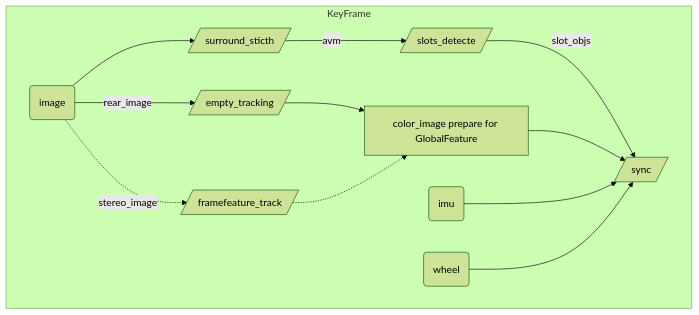
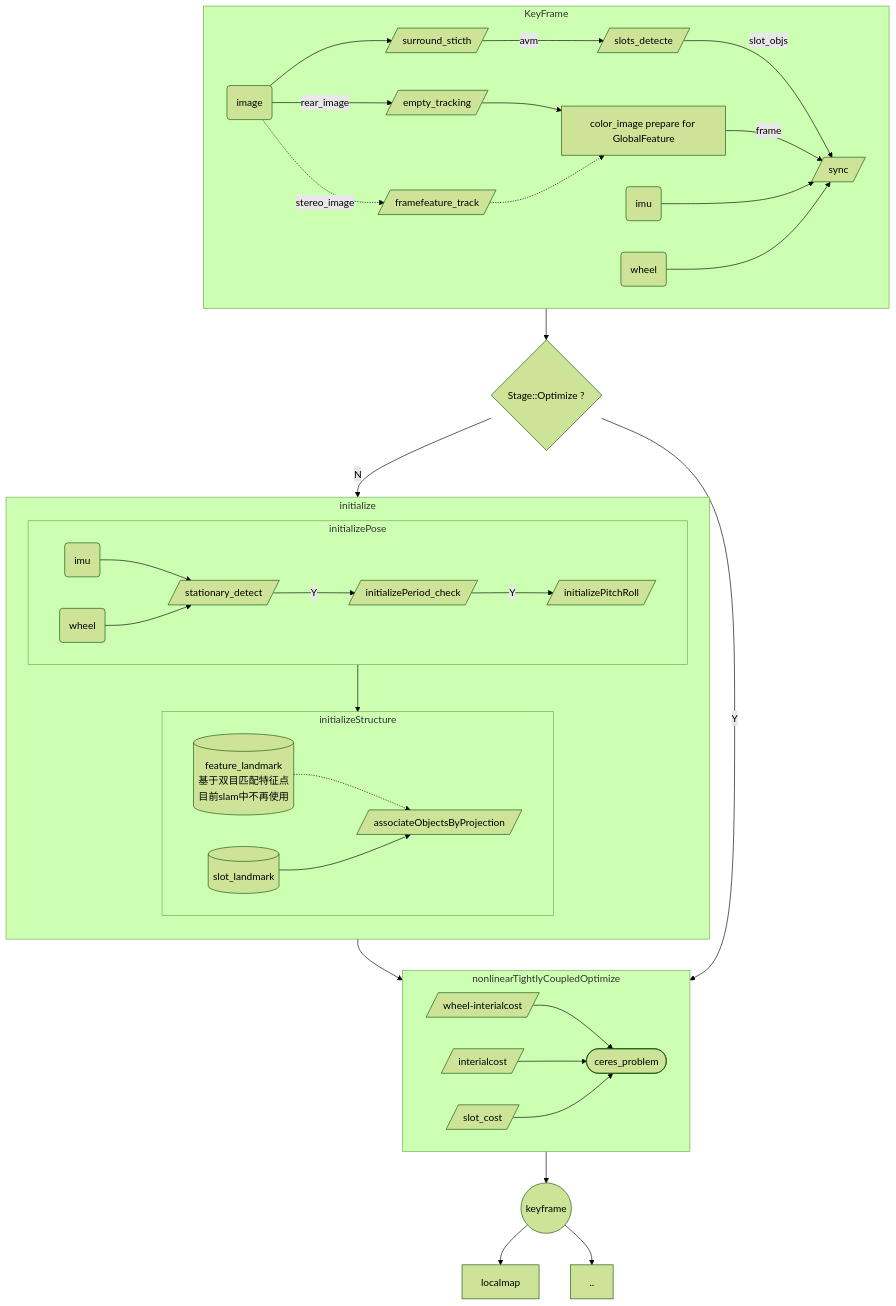
The sixth of 6 diagrams in topicjsslam/jsslam_readme.md (Taberwu/learn), drawn with Mermaid (forest theme) before and after one commit. The commit also changed other lines of this file, not shown here.

````diff
--- a/topicjsslam/jsslam_readme.md
+++ b/topicjsslam/jsslam_readme.md
@@ -537,20 +576,62 @@
 ```mermaid
-flowchart LR
+flowchart TB
     subgraph KeyFrame
      direction LR
      datasource1(image)
      datasource2(imu)
      datasource3(wheel)
      proc1[/empty_tracking/]
      proc2[/surround_sticth/]
      proc3[/slots_detecte/]
      proc4[/sync/]
      proc5[/framefeature_track/]
      value1[color_image prepare for GlobalFeature ]
      datasource1 --> proc2 -- avm --> proc3 -- slot_objs --> proc4
-     datasource1 -- rear_image --> proc1 --> value1 --> proc4
+     datasource1 -- rear_image --> proc1 --> value1 -- frame--> proc4
       datasource1 -. stereo_image .-> proc5 .-> value1
      datasource2 --> proc4
      datasource3 --> proc4
   end
+
+   subgraph initialize
+    direction TB
+        subgraph initializePose
+        direction LR
+            datasource1-2(imu)
+            datasource1-3(wheel)
+            proc1-1[/stationary_detect/]
+            proc1-2[/initializePeriod_check/]
+            proc1-3[/ initializePitchRoll/]
+            datasource1-2 --> proc1-1 -- Y --> proc1-2 -- Y --> proc1-3
+            datasource1-3 --> proc1-1
+        end
+
+        subgraph initializeStructure
+            proc2-1[(feature_landmark </br>基于双目匹配特征点 </br> 目前slam中不再使用)]
+            proc2-2[(slot_landmark)]
+
+            proc2-3[/associateObjectsByProjection/]
+            proc2-1 .-> proc2-3
+            proc2-2 --> proc2-3
+        end
+    initializePose --> initializeStructure
+     end
+
+    subgraph nonlinearTightlyCoupledOptimize
+        direction LR
+        proc3-1[/wheel-interialcost/]
+        proc3-2[/interialcost/]
+        proc3-3[/slot_cost/]
+        proc12([ceres_problem])
+        proc3-1 --> proc12
+        proc3-2 --> proc12
+        proc3-3 --> proc12
+    end
+
+    output((keyframe))
+
+     proc11{Stage::Optimize ?}
+     KeyFrame --> proc11 -- N --> initialize --> nonlinearTightlyCoupledOptimize
+     proc11 -- Y --> nonlinearTightlyCoupledOptimize --> output --> localmap
+     output --> ..
 ```
````
